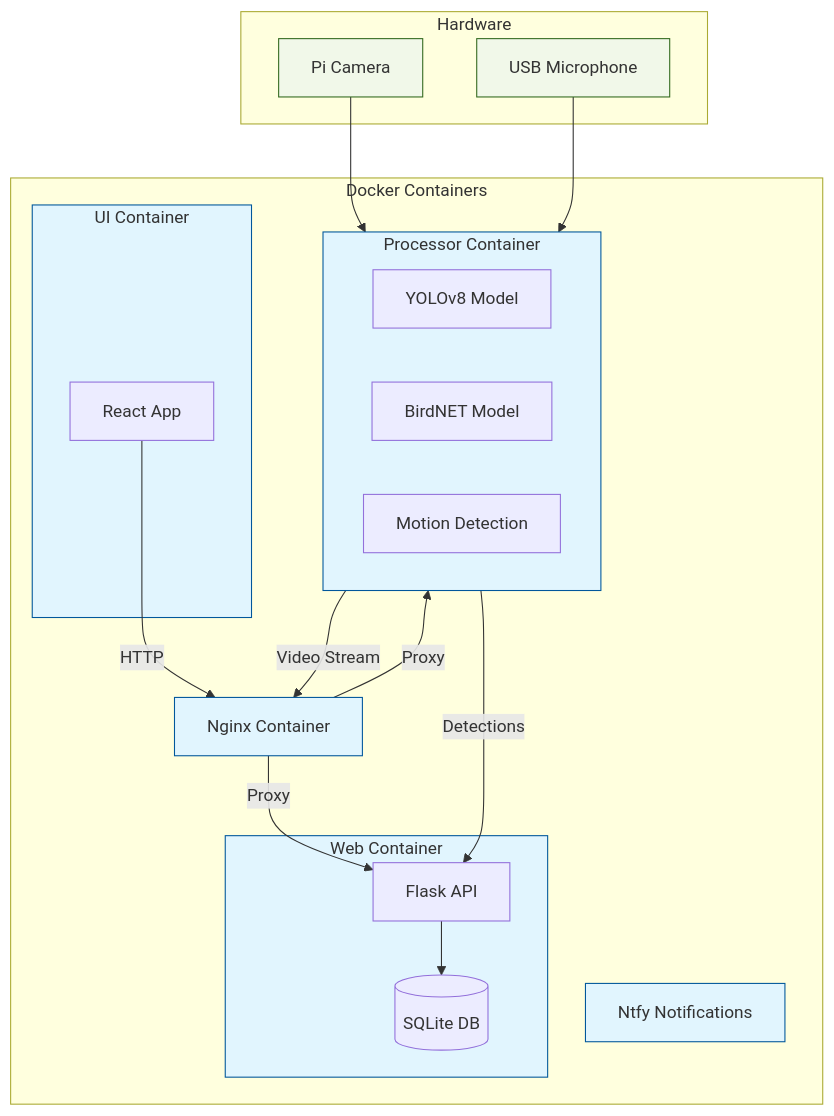
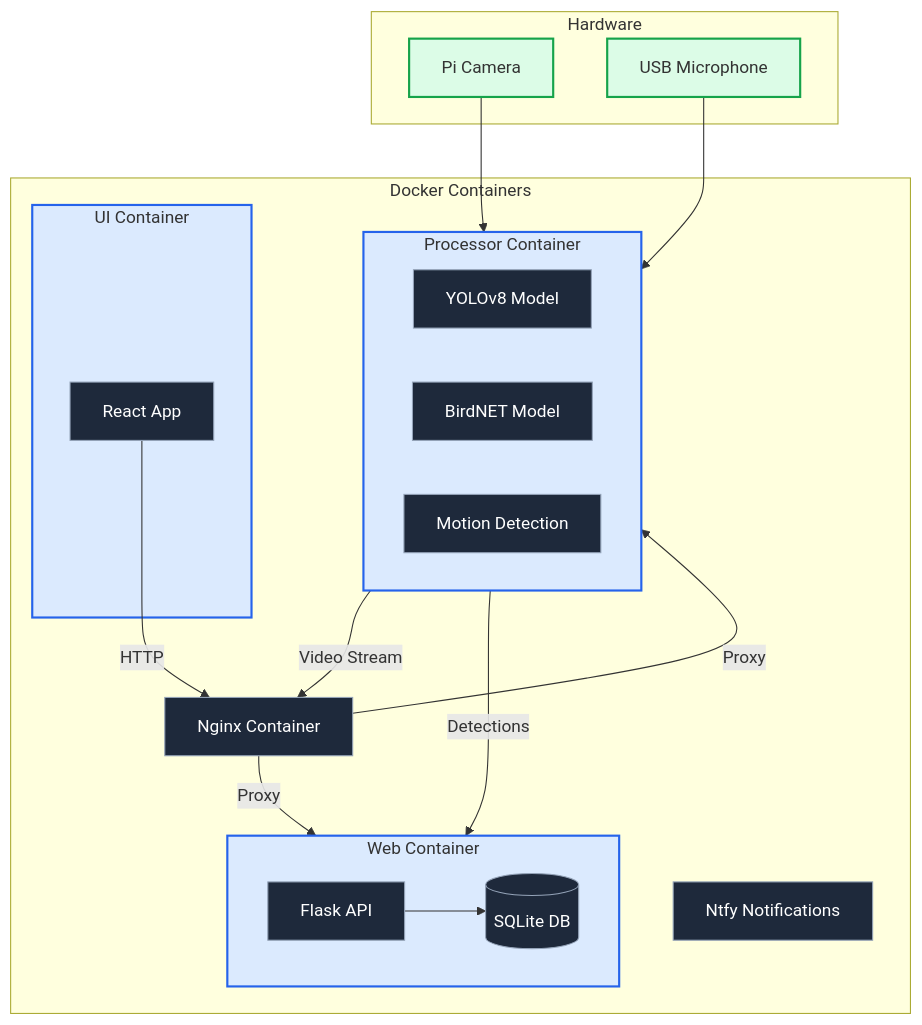
The diagram in app/README.md (AleksandrRogachev94/BirdLense), drawn with Mermaid before and after one commit.

Commit message:
updated mermaid

````diff
--- a/app/README.md
+++ b/app/README.md
@@ -18,43 +18,45 @@
 ```mermaid
 flowchart TB
     subgraph Hardware
         CAM[Pi Camera]
         MIC[USB Microphone]
     end
 
     subgraph Docker Containers
         subgraph processor[Processor Container]
             YOLO[YOLOv8 Model]
             BIRDNET[BirdNET Model]
             MOTION[Motion Detection]
         end
 
         subgraph web[Web Container]
             API[Flask API]
             DB[(SQLite DB)]
         end
 
         subgraph ui[UI Container]
             REACT[React App]
         end
 
         NGINX[Nginx Container]
         NTFY[Ntfy Notifications]
     end
 
     CAM --> processor
     MIC --> processor
 
     processor -- Video Stream --> NGINX
-    processor -- Detections --> API
+    processor -- Detections --> web
 
     API --> DB
     REACT -- HTTP --> NGINX
-    NGINX -- Proxy --> API
+    NGINX -- Proxy --> web
     NGINX -- Proxy --> processor
 
-    classDef container fill:#e1f5fe,stroke:#01579b
-    classDef hardware fill:#f1f8e9,stroke:#33691e
-    class processor,web,ui,NGINX,NTFY container
+    classDef container fill:#dbeafe,stroke:#2563eb,stroke-width:2px
+    classDef hardware fill:#dcfce7,stroke:#16a34a,stroke-width:2px
+    classDef subComponent fill:#1e293b,stroke:#94a3b8,color:#ffffff
+    class processor,web,ui container
     class CAM,MIC hardware
+    class YOLO,BIRDNET,MOTION,API,DB,REACT,NGINX,NTFY subComponent
 ```
````
